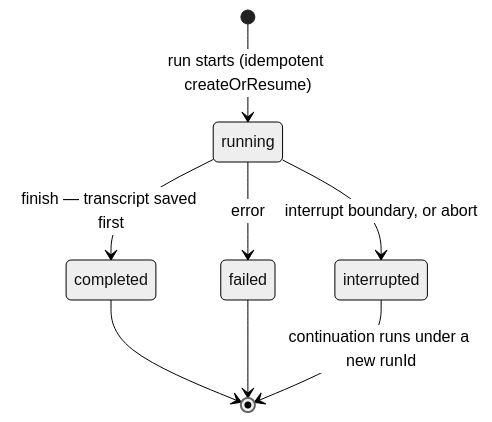
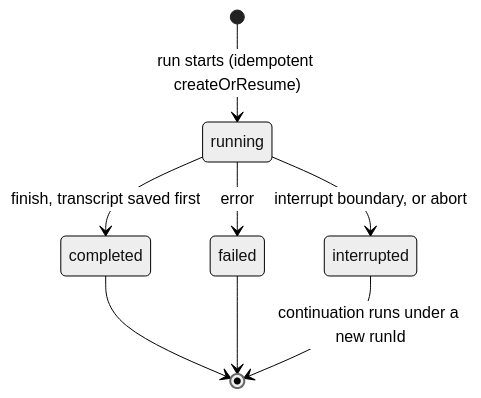
One commit to 8times4/ai changed the first of 2 diagrams in docs/persistence/chat-persistence.md. Above: the diagram before and after it, drawn with Mermaid (neutral theme). The commit also changed other lines of this file and 84 other files, not shown here.

````diff
--- a/docs/persistence/chat-persistence.md
+++ b/docs/persistence/chat-persistence.md
@@ -139,10 +139,10 @@
 ```mermaid
 stateDiagram-v2
     [*] --> running : run starts (idempotent createOrResume)
-    running --> completed : finish — transcript saved first
+    running --> completed : finish, transcript saved first
     running --> failed : error
     running --> interrupted : interrupt boundary, or abort
     completed --> [*]
     failed --> [*]
     interrupted --> [*] : continuation runs under a new runId
 ```
````
